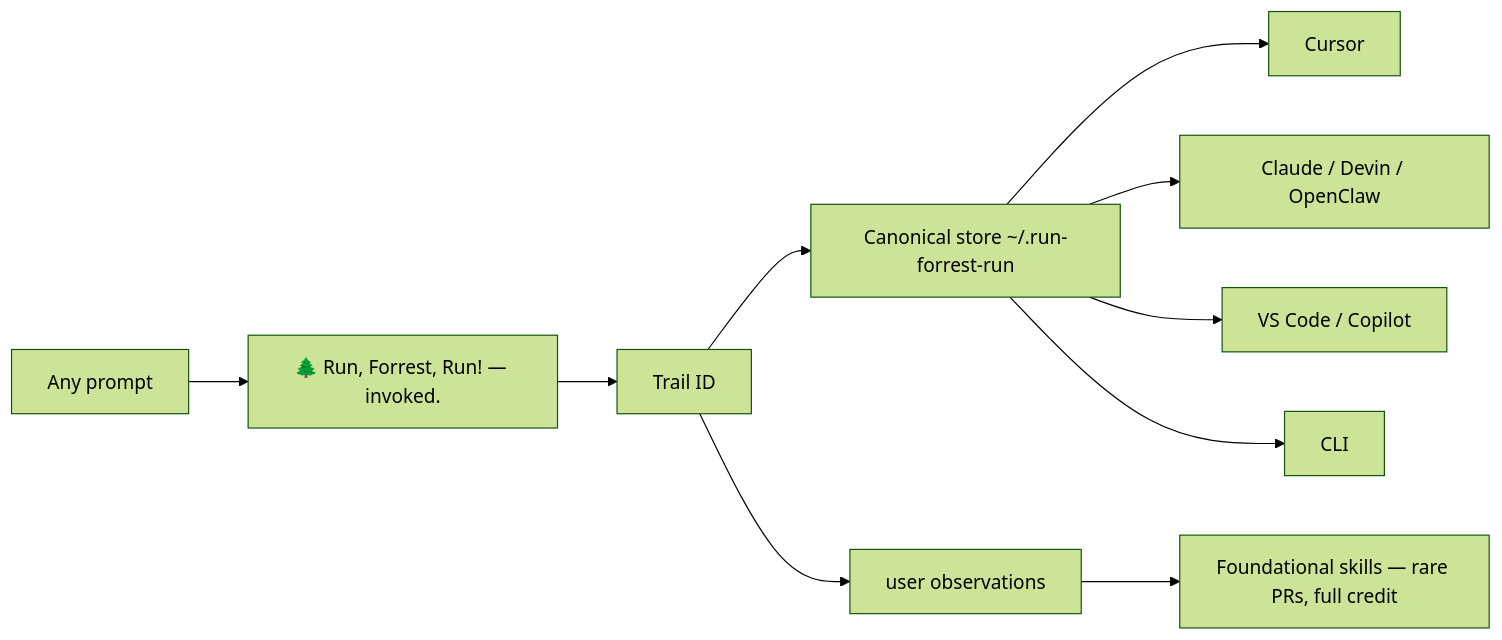
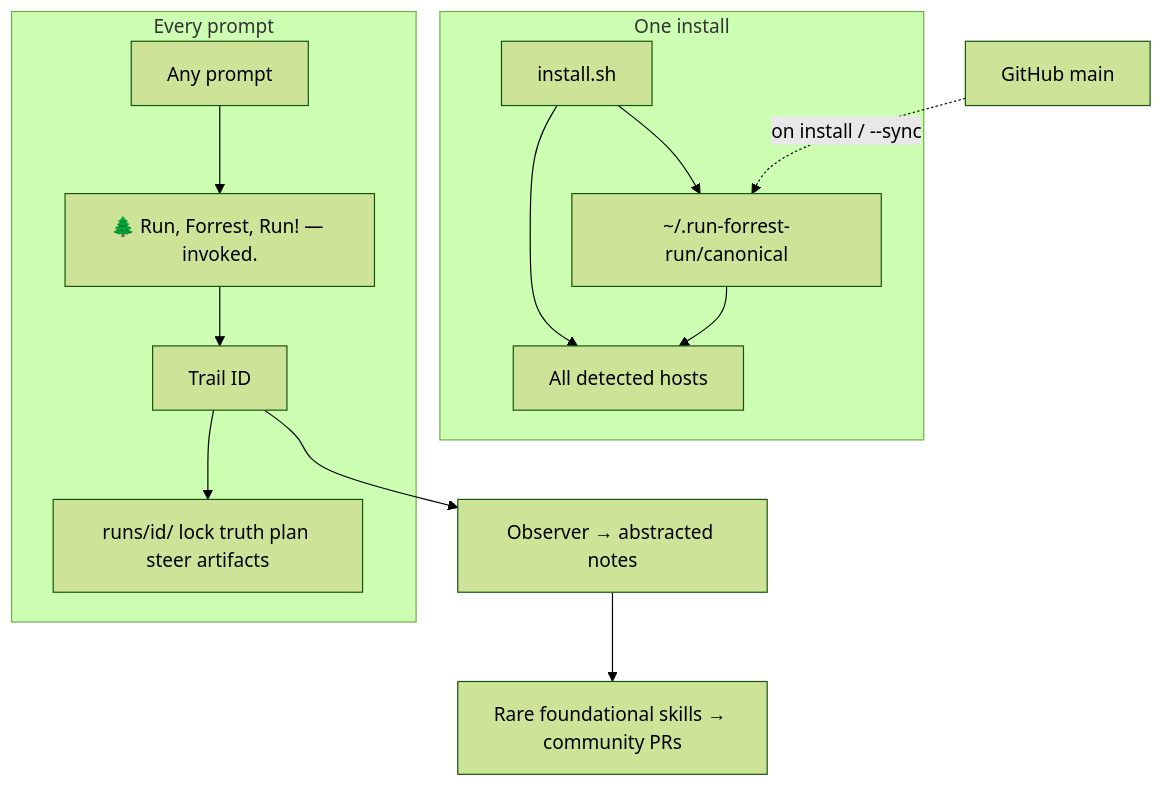
One commit to youtextme/figureitout changed the diagram in run-forrest-run/README.md. Above: the diagram before and after it, drawn with Mermaid (forest theme). The commit also changed other lines of this file and 11 other files, not shown here.

Commit message:
Run Forrest Run: standalone-ready platform with upstream sync and README rewrite

````diff
--- a/run-forrest-run/README.md
+++ b/run-forrest-run/README.md
@@ -28,12 +75,16 @@
 ```mermaid
-flowchart LR
-  P[Any prompt] --> V["🌲 Run, Forrest, Run! — invoked."]
-  V --> T[Trail ID]
-  T --> C[Canonical store ~/.run-forrest-run]
-  C --> H1[Cursor]
-  C --> H2[Claude / Devin / OpenClaw]
-  C --> H3[VS Code / Copilot]
-  C --> H4[CLI]
-  T --> O[user observations]
-  O --> F[Foundational skills — rare PRs, full credit]
+flowchart TB
+  subgraph install["One install"]
+    I[install.sh] --> C[~/.run-forrest-run/canonical]
+    I --> H[All detected hosts]
+  end
+  subgraph prompt["Every prompt"]
+    P[Any prompt] --> V["🌲 Run, Forrest, Run! — invoked."]
+    V --> T[Trail ID]
+    T --> R[runs/id/ lock truth plan steer artifacts]
+  end
+  C --> H
+  T --> O[Observer → abstracted notes]
+  O --> F[Rare foundational skills → community PRs]
+  SYNC[GitHub main] -.->|on install / --sync| C
 ```
````
